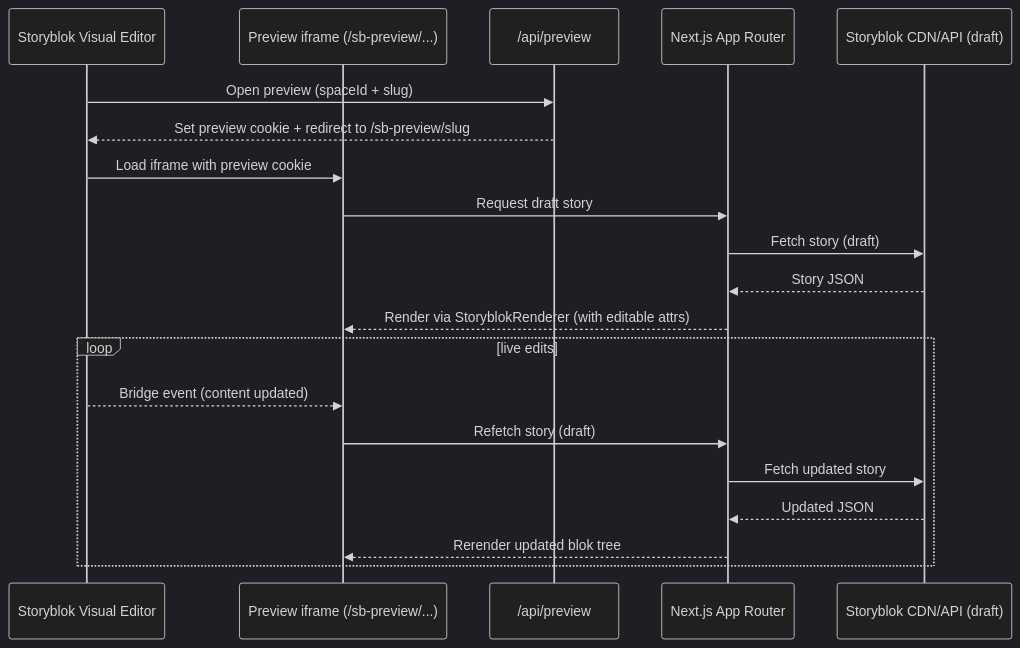
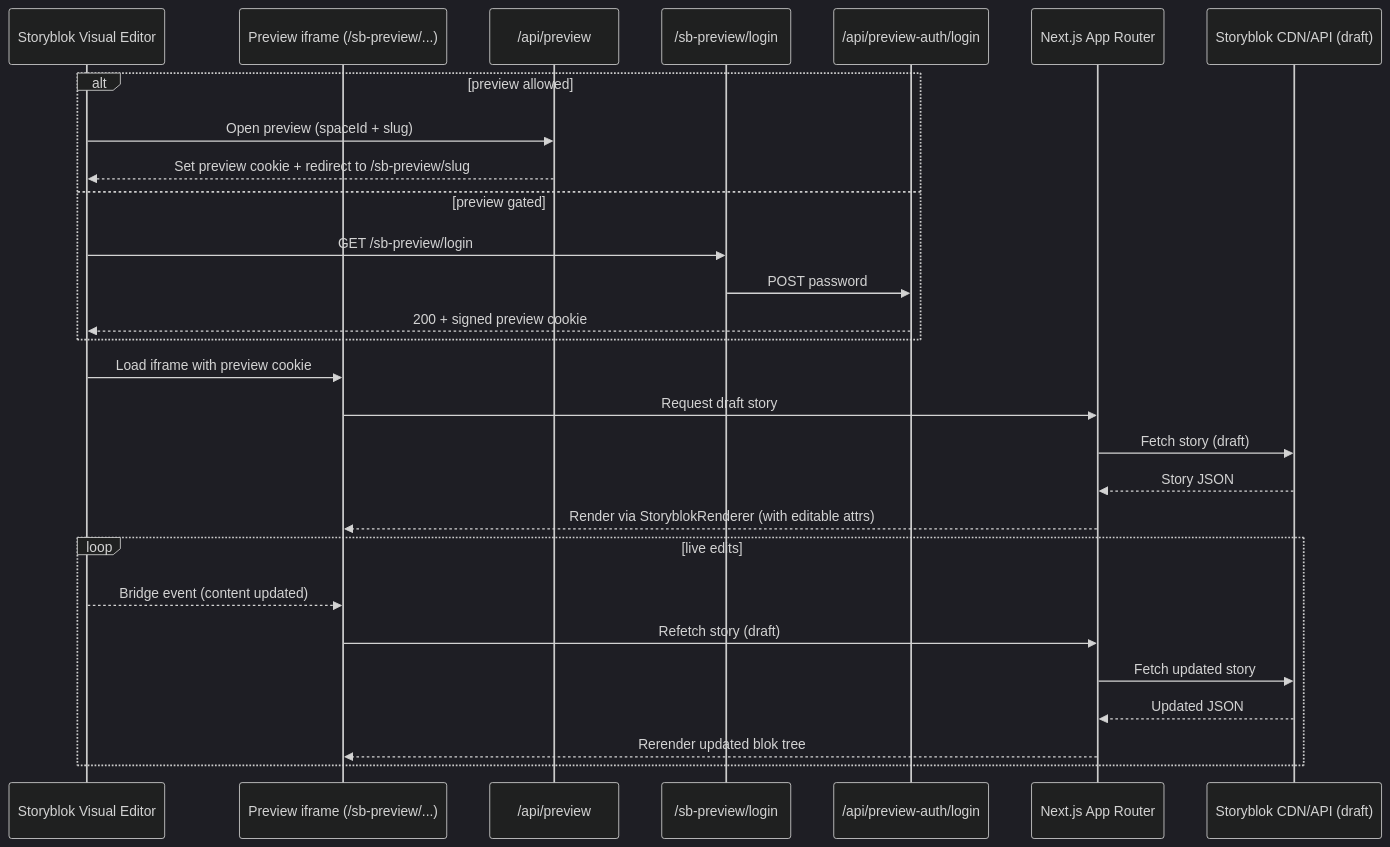
The diagram in docs/reference/preview-live-update.md (songam-su/storyblok-nextjs-mantine-demo), drawn with Mermaid (dark theme) before and after one commit. The commit also changed other lines of this file and 106 other files, not shown here.

````diff
--- a/docs/reference/preview-live-update.md
+++ b/docs/reference/preview-live-update.md
@@ -12,24 +23,32 @@
 ```mermaid
 sequenceDiagram
   participant Editor as Storyblok Visual Editor
   participant Iframe as Preview iframe (/sb-preview/...)
   participant API as /api/preview
+  participant Login as /sb-preview/login
+  participant Auth as /api/preview-auth/login
   participant App as Next.js App Router
   participant SB as Storyblok CDN/API (draft)
 
-  Editor->>API: Open preview (spaceId + slug)
-  API-->>Editor: Set preview cookie + redirect to /sb-preview/slug
+  alt preview allowed
+    Editor->>API: Open preview (spaceId + slug)
+    API-->>Editor: Set preview cookie + redirect to /sb-preview/slug
+  else preview gated
+    Editor->>Login: GET /sb-preview/login
+    Login->>Auth: POST password
+    Auth-->>Editor: 200 + signed preview cookie
+  end
   Editor->>Iframe: Load iframe with preview cookie
   Iframe->>App: Request draft story
   App->>SB: Fetch story (draft)
   SB-->>App: Story JSON
   App-->>Iframe: Render via StoryblokRenderer (with editable attrs)
 
   loop live edits
     Editor-->>Iframe: Bridge event (content updated)
     Iframe->>App: Refetch story (draft)
     App->>SB: Fetch updated story
     SB-->>App: Updated JSON
     App-->>Iframe: Rerender updated blok tree
   end
 ```
````
